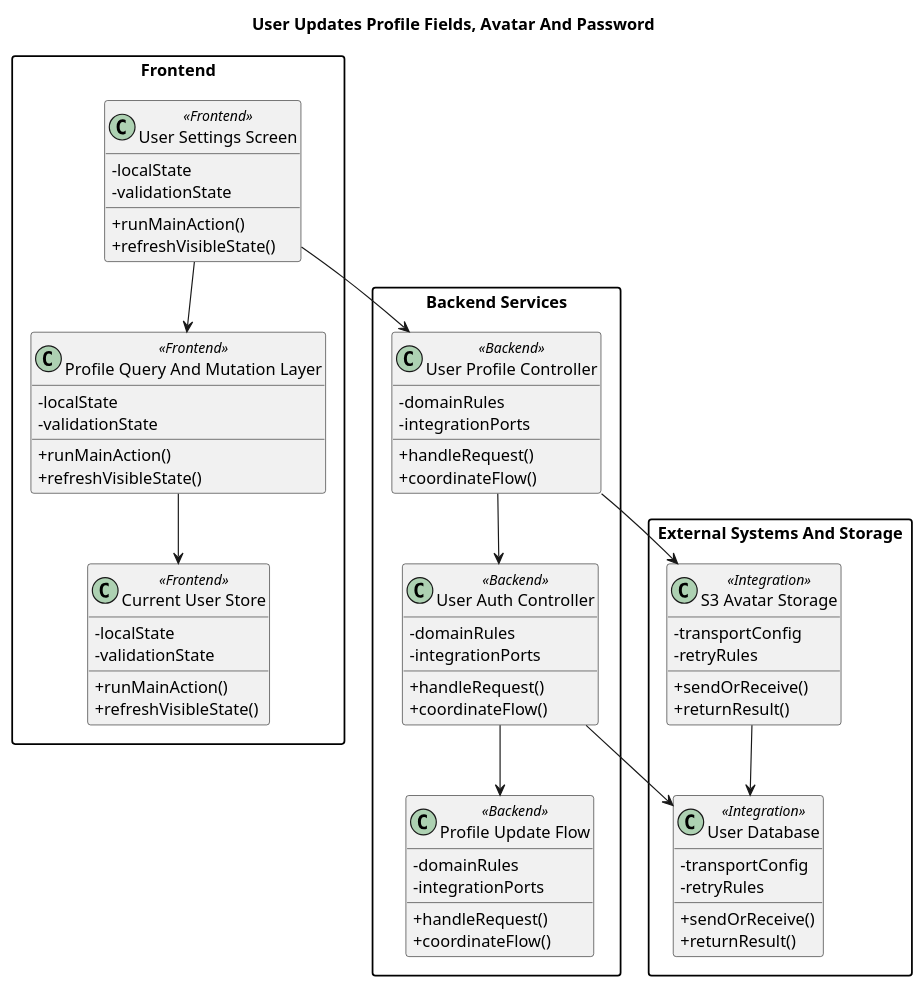
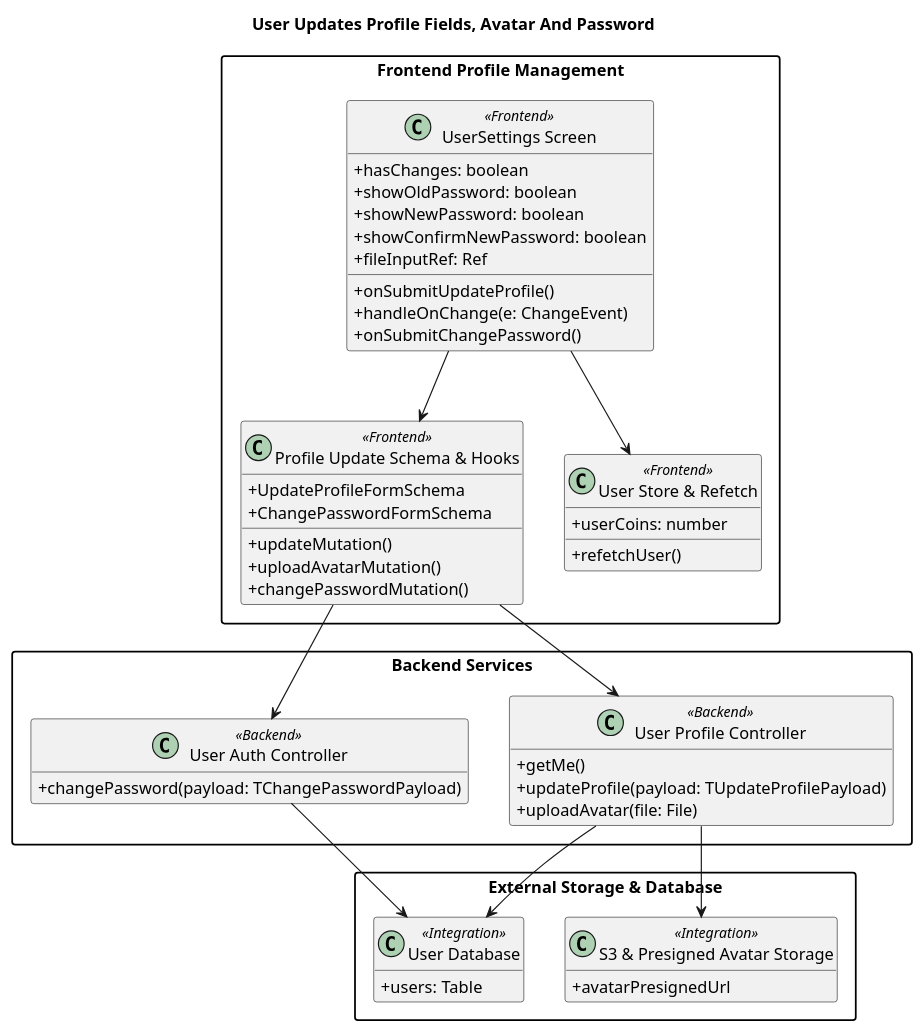
The first of 2 diagrams in plantuml/features/meai-user-manages-profile-avatar-and-password.puml (VKev/MeAI-BE), drawn with PlantUML before and after one commit. The commit also changed other lines of this file and 8 other files, not shown here.

```diff
--- a/plantuml/features/meai-user-manages-profile-avatar-and-password.puml
+++ b/plantuml/features/meai-user-manages-profile-avatar-and-password.puml
@@ -1,69 +1,59 @@
 @startuml
 title User Updates Profile Fields, Avatar And Password
 skinparam shadowing false
 skinparam classAttributeIconSize 0
 skinparam packageStyle rectangle
 hide empty members
-package "Frontend" {
-class "User Settings Screen" as FE1 <<Frontend>> {
-  +runMainAction()
-  +refreshVisibleState()
-  -localState
-  -validationState
+
+package "Frontend Profile Management" {
+class "UserSettings Screen" as FE1 <<Frontend>> {
+  +hasChanges: boolean
+  +showOldPassword: boolean
+  +showNewPassword: boolean
+  +showConfirmNewPassword: boolean
+  +fileInputRef: Ref
+  +onSubmitUpdateProfile()
+  +handleOnChange(e: ChangeEvent)
+  +onSubmitChangePassword()
 }
-class "Profile Query And Mutation Layer" as FE2 <<Frontend>> {
-  +runMainAction()
-  +refreshVisibleState()
-  -localState
-  -validationState
+class "Profile Update Schema & Hooks" as FE2 <<Frontend>> {
+  +UpdateProfileFormSchema
+  +ChangePasswordFormSchema
+  +updateMutation()
+  +uploadAvatarMutation()
+  +changePasswordMutation()
 }
-class "Current User Store" as FE3 <<Frontend>> {
-  +runMainAction()
-  +refreshVisibleState()
-  -localState
-  -validationState
+class "User Store & Refetch" as FE3 <<Frontend>> {
+  +userCoins: number
+  +refetchUser()
 }
 }
+
 package "Backend Services" {
 class "User Profile Controller" as BE1 <<Backend>> {
-  +handleRequest()
-  +coordinateFlow()
-  -domainRules
-  -integrationPorts
+  +getMe()
+  +updateProfile(payload: TUpdateProfilePayload)
+  +uploadAvatar(file: File)
 }
 class "User Auth Controller" as BE2 <<Backend>> {
-  +handleRequest()
-  +coordinateFlow()
-  -domainRules
-  -integrationPorts
-}
-class "Profile Update Flow" as BE3 <<Backend>> {
-  +handleRequest()
-  +coordinateFlow()
-  -domainRules
-  -integrationPorts
+  +changePassword(payload: TChangePasswordPayload)
 }
 }
-package "External Systems And Storage" {
-class "S3 Avatar Storage" as INT1 <<Integration>> {
-  +sendOrReceive()
-  +returnResult()
-  -transportConfig
-  -retryRules
+
+package "External Storage & Database" {
+class "S3 & Presigned Avatar Storage" as INT1 <<Integration>> {
+  +avatarPresignedUrl
 }
 class "User Database" as INT2 <<Integration>> {
-  +sendOrReceive()
-  +returnResult()
-  -transportConfig
-  -retryRules
+  +users: Table
 }
 }
+
 FE1 --> FE2
-FE2 --> FE3
-FE1 --> BE1
-BE1 --> BE2
-BE2 --> BE3
+FE1 --> FE3
+FE2 --> BE1
+FE2 --> BE2
 BE1 --> INT1
+BE1 --> INT2
 BE2 --> INT2
-INT1 --> INT2
 @enduml
```
